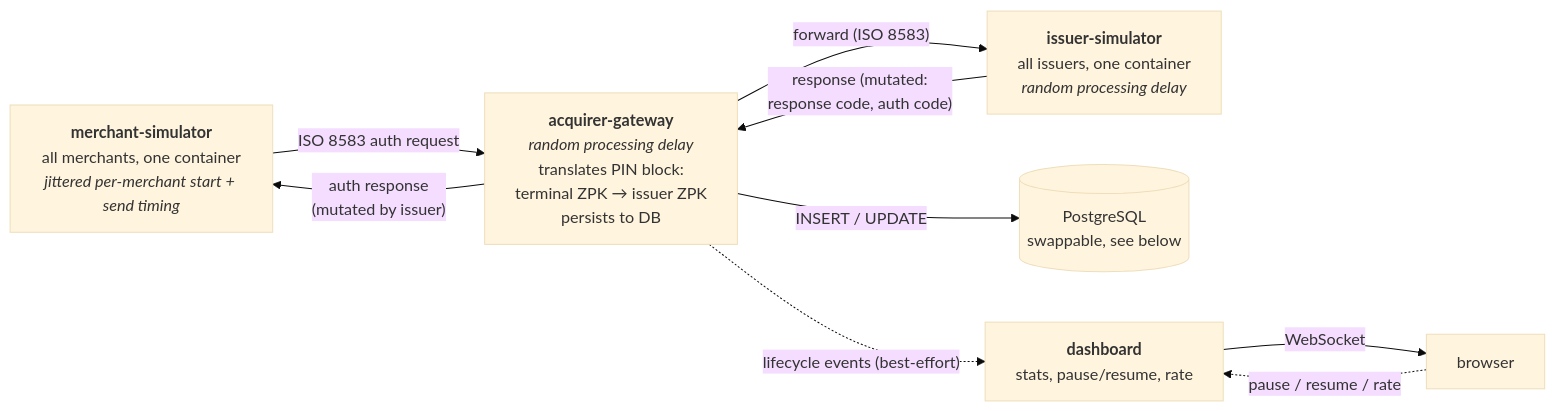
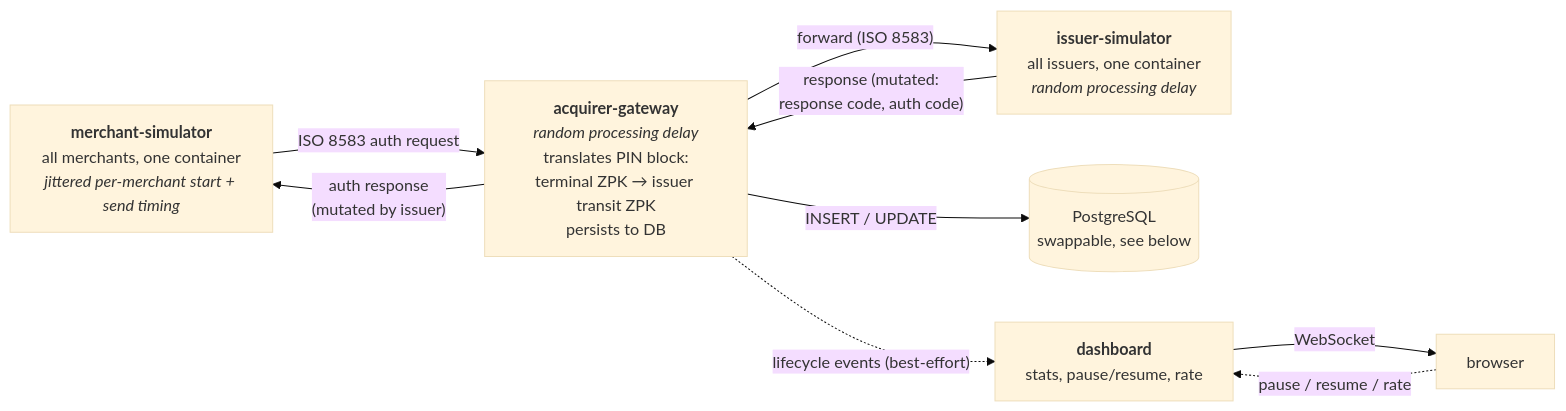
Before and after one commit to credulous67/test_acquirer_data: the diagram in README.md, drawn with Mermaid (base theme). The commit also changed other lines of this file and 9 other files, not shown here.

````diff
--- a/README.md
+++ b/README.md
@@ -49,18 +49,18 @@
 ```mermaid
 flowchart LR
     M["<b>merchant-simulator</b><br/>all merchants, one container<br/><i>jittered per-merchant start + send timing</i>"]
-    G["<b>acquirer-gateway</b><br/><i>random processing delay</i><br/>translates PIN block:<br/>terminal ZPK → issuer ZPK<br/>persists to DB"]
+    G["<b>acquirer-gateway</b><br/><i>random processing delay</i><br/>translates PIN block:<br/>terminal ZPK → issuer transit ZPK<br/>persists to DB"]
     I["<b>issuer-simulator</b><br/>all issuers, one container<br/><i>random processing delay</i>"]
     DB[("PostgreSQL<br/>swappable, see below")]
     D["<b>dashboard</b><br/>stats, pause/resume, rate"]
     B["browser"]
 
     M -- "ISO 8583 auth request" --> G
     G -- "forward (ISO 8583)" --> I
     I -- "response (mutated:<br/>response code, auth code)" --> G
     G -- "auth response<br/>(mutated by issuer)" --> M
     G -- "INSERT / UPDATE" --> DB
     G -. "lifecycle events (best-effort)" .-> D
     D -- "WebSocket" --> B
     B -. "pause / resume / rate" .-> D
 ```
````
